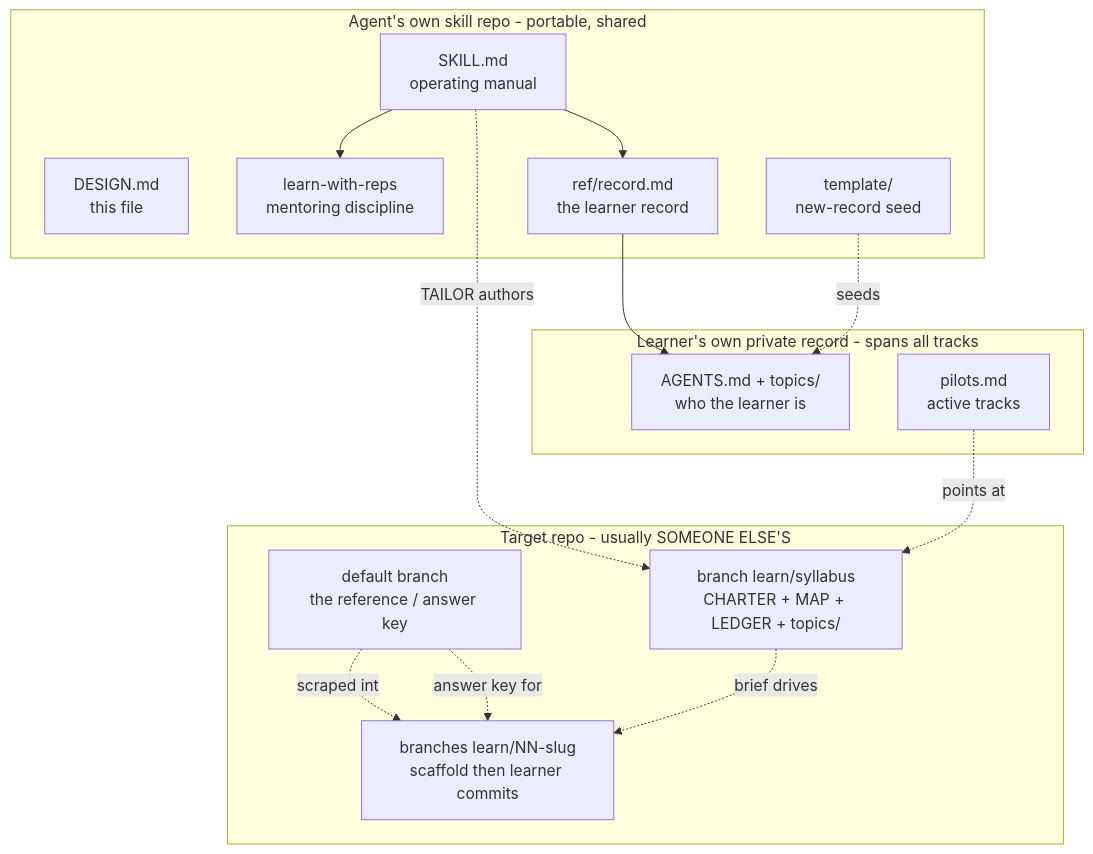
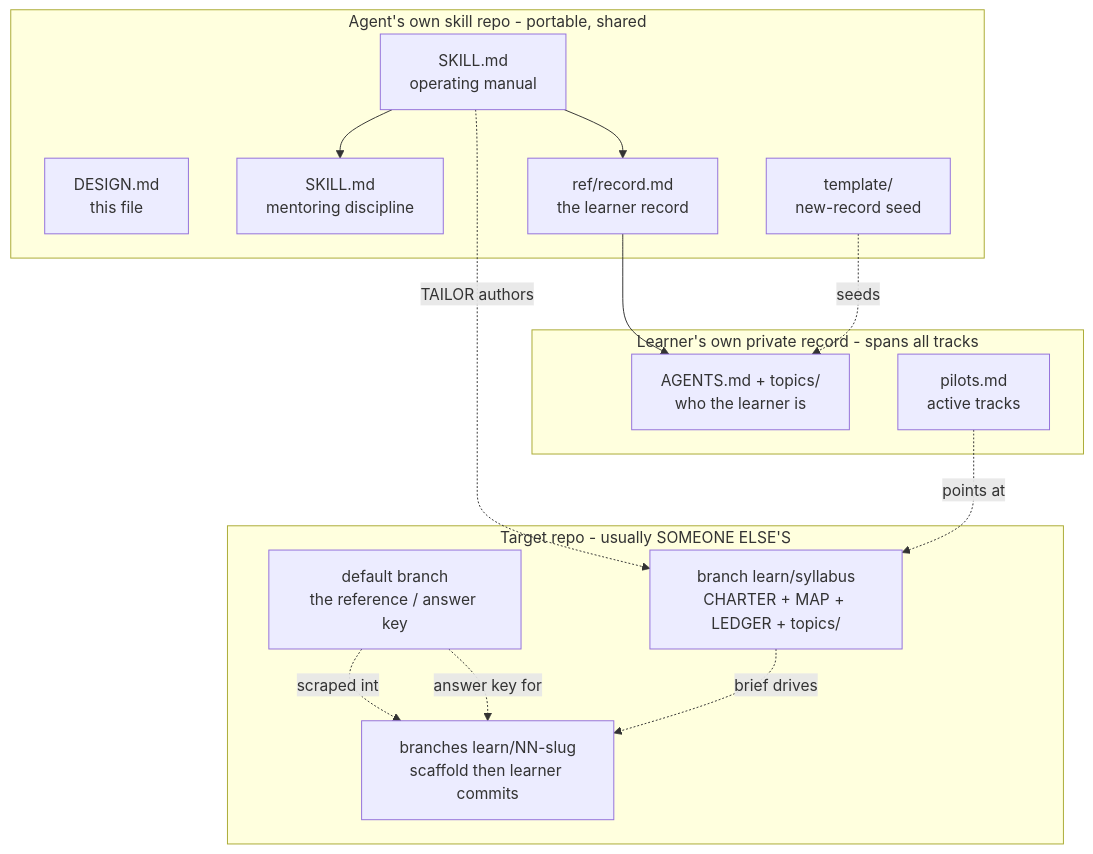
Before and after one commit to luutuankiet/learn-with-feedback-loop: the first of 5 diagrams in skills/learn/ref/rebuild-design.md, drawn with Mermaid. The commit also changed other lines of this file and 11 other files, not shown here.

````diff
--- a/skills/learn/ref/rebuild-design.md
+++ b/skills/learn/ref/rebuild-design.md
@@ -42,28 +42,28 @@
 ```mermaid
 graph TD
   subgraph agent["Agent's own skill repo - portable, shared"]
     S[SKILL.md<br/>operating manual]
     D[DESIGN.md<br/>this file]
-    LWR[learn-with-reps<br/>mentoring discipline]
+    LWR[SKILL.md<br/>mentoring discipline]
     GSD[ref/record.md<br/>the learner record]
     T[template/<br/>new-record seed]
   end
   subgraph learner["Learner's own private record - spans all tracks"]
     PROF[AGENTS.md + topics/<br/>who the learner is]
     P[pilots.md<br/>active tracks]
   end
   subgraph target["Target repo - usually SOMEONE ELSE'S"]
     MAIN[default branch<br/>the reference / answer key]
     SYL[branch learn/syllabus<br/>CHARTER + MAP + LEDGER + topics/]
     EX[branches learn/NN-slug<br/>scaffold then learner commits]
   end
   S --> LWR
   S --> GSD
   GSD --> PROF
   T -.seeds.-> PROF
   S -.TAILOR authors.-> SYL
   MAIN -.scraped into.-> EX
   MAIN -.answer key for.-> EX
   SYL -.brief drives.-> EX
   P -.points at.-> SYL
 ```
````
